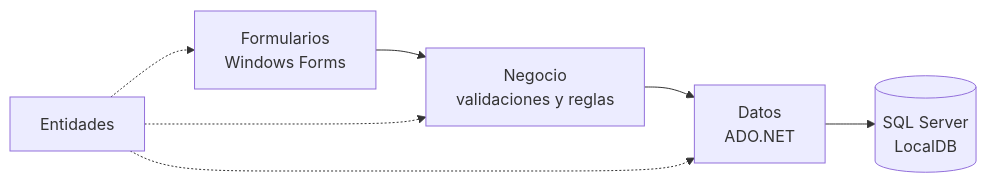
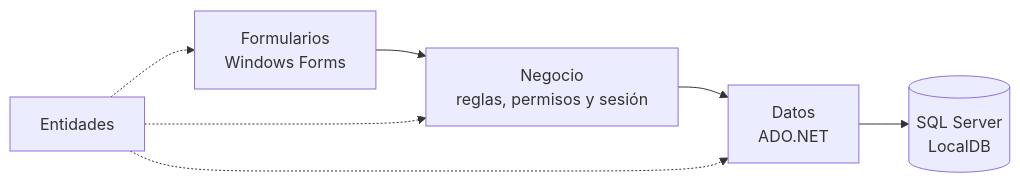
One commit to FedericoViceconte/gestioncanchas changed the first of 2 diagrams in README.md. Above: the diagram before and after it, drawn with Mermaid. The commit also changed other lines of this file and 8 other files, not shown here.

````diff
--- a/README.md
+++ b/README.md
@@ -74,9 +131,9 @@
 ```mermaid
 flowchart LR
-    F[Formularios<br>Windows Forms] --> N[Negocio<br>validaciones y reglas]
+    F[Formularios<br>Windows Forms] --> N[Negocio<br>reglas, permisos y sesión]
     N --> D[Datos<br>ADO.NET]
     D --> DB[(SQL Server<br>LocalDB)]
     E[Entidades] -.-> F
     E -.-> N
     E -.-> D
 ```
````
